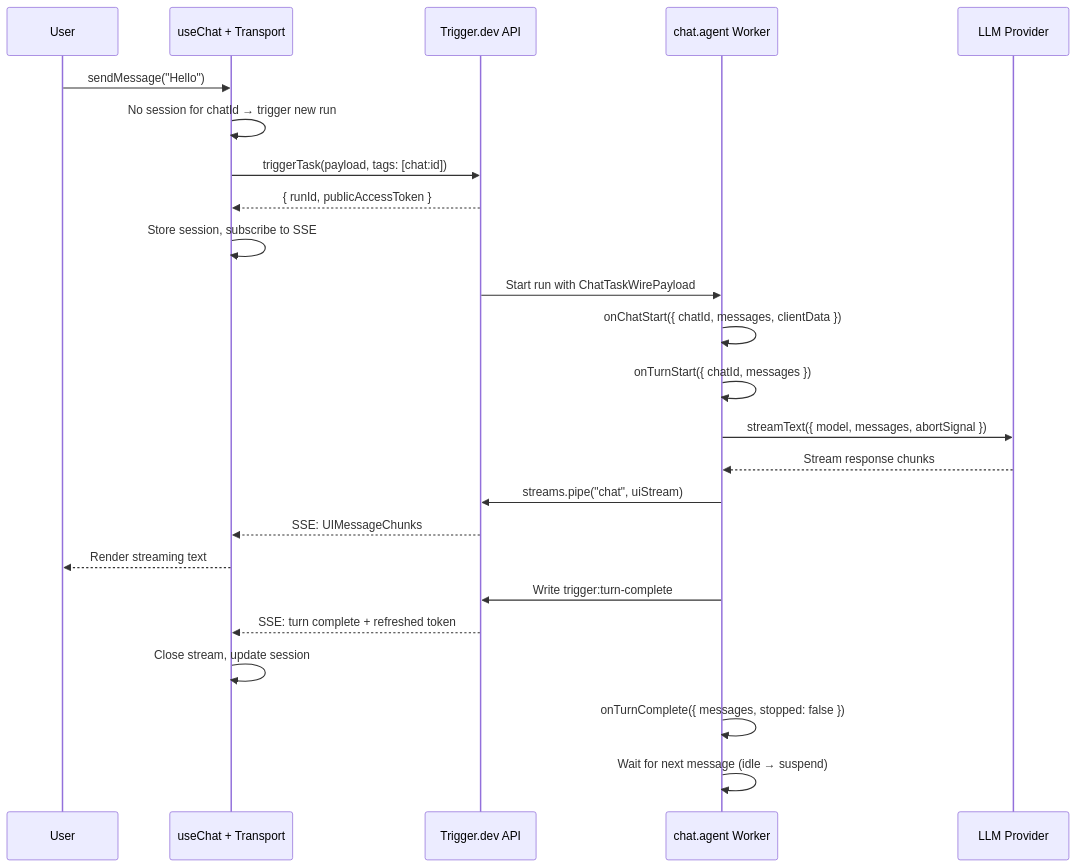
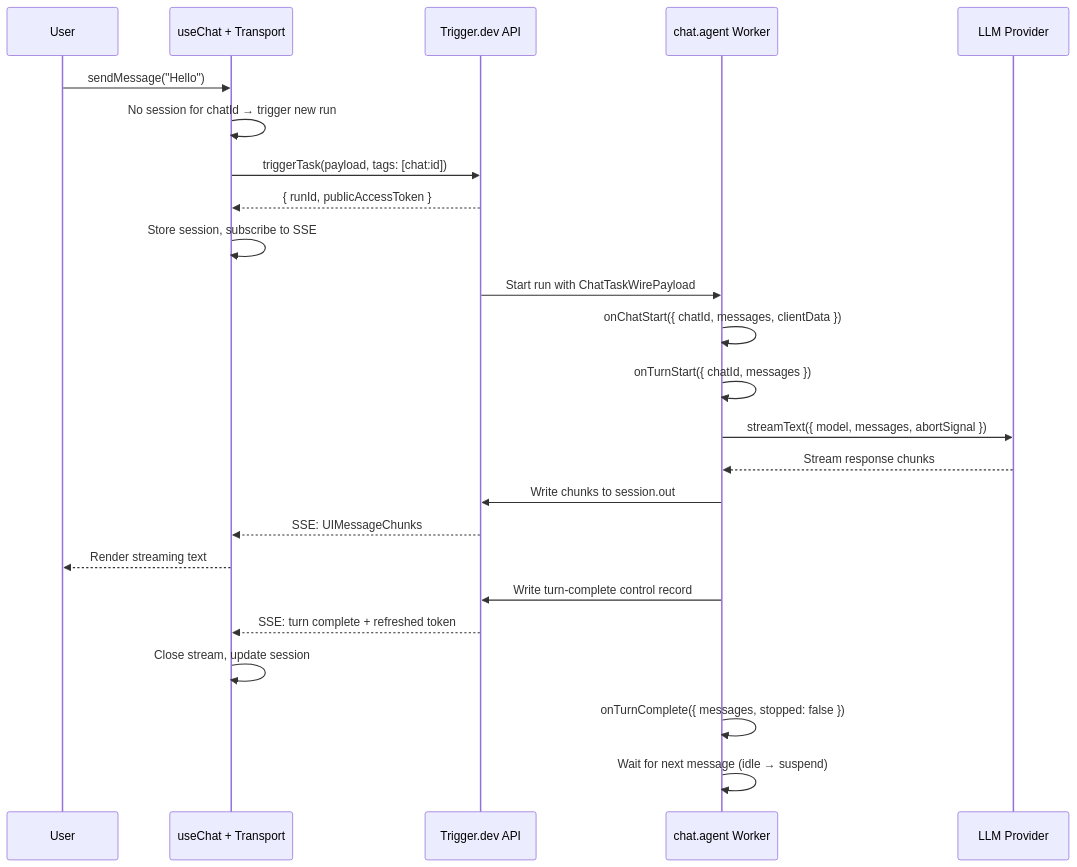
The first of 3 diagrams in docs/ai-chat/overview.mdx (triggerdotdev/trigger.dev), drawn with Mermaid before and after one commit. The commit also changed other lines of this file and 2 other files, not shown here.

Commit message:
Stop recommending run streams

````diff
--- a/docs/ai-chat/overview.mdx
+++ b/docs/ai-chat/overview.mdx
@@ -24,28 +24,28 @@
 ```mermaid
 sequenceDiagram
     participant User
     participant useChat as useChat + Transport
     participant API as Trigger.dev API
     participant Task as chat.agent Worker
     participant LLM as LLM Provider
 
     User->>useChat: sendMessage("Hello")
     useChat->>useChat: No session for chatId → trigger new run
     useChat->>API: triggerTask(payload, tags: [chat:id])
     API-->>useChat: { runId, publicAccessToken }
     useChat->>useChat: Store session, subscribe to SSE
 
     API->>Task: Start run with ChatTaskWirePayload
     Task->>Task: onChatStart({ chatId, messages, clientData })
     Task->>Task: onTurnStart({ chatId, messages })
     Task->>LLM: streamText({ model, messages, abortSignal })
     LLM-->>Task: Stream response chunks
-    Task->>API: streams.pipe("chat", uiStream)
+    Task->>API: Write chunks to session.out
     API-->>useChat: SSE: UIMessageChunks
     useChat-->>User: Render streaming text
-    Task->>API: Write trigger:turn-complete
+    Task->>API: Write turn-complete control record
     API-->>useChat: SSE: turn complete + refreshed token
     useChat->>useChat: Close stream, update session
     Task->>Task: onTurnComplete({ messages, stopped: false })
     Task->>Task: Wait for next message (idle → suspend)
 ```
````
